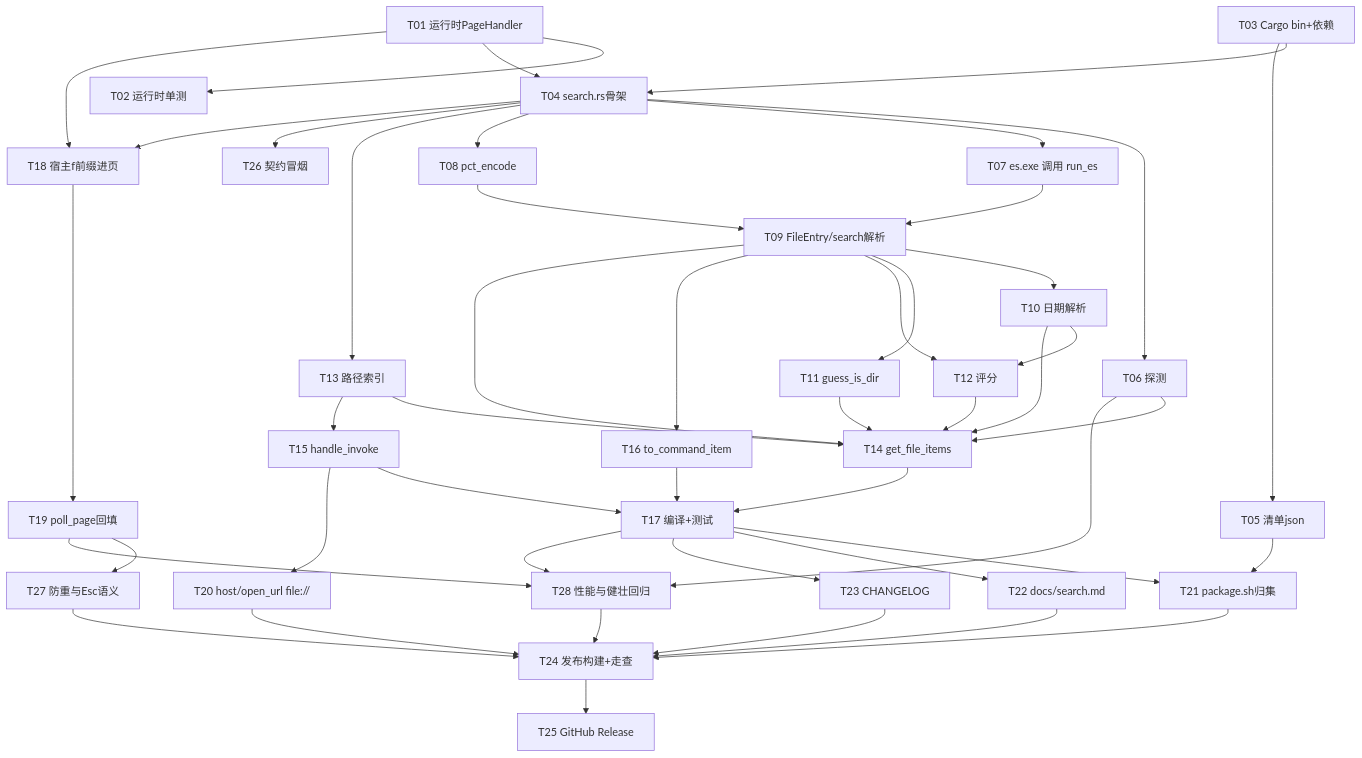
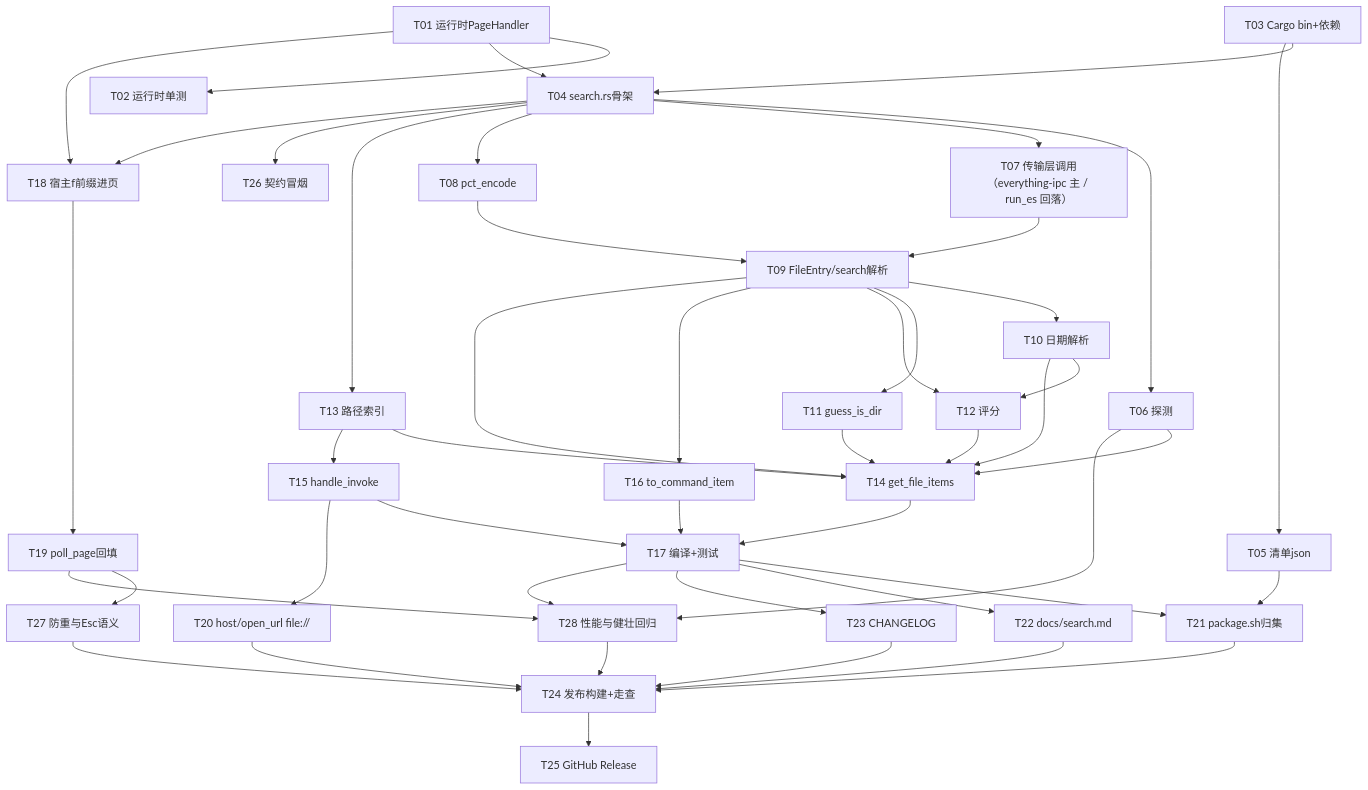
The third of 3 diagrams in docs/search-file.md (Yang-SH/dd-run), drawn with Mermaid before and after one commit. The commit also changed other lines of this file and 7 other files, not shown here.

First line of the commit message:
feat(filesearch): IPC 直连主通道 + es.exe 回落，清理文档 es.exe/HTTP 误导描述（v3.3 P2）

````diff
--- a/docs/search-file.md
+++ b/docs/search-file.md
@@ -514,48 +532,48 @@
 ```mermaid
 graph TD
     T01[T01 运行时PageHandler] --> T02[T02 运行时单测]
     T01 --> T04[T04 search.rs骨架]
     T03[T03 Cargo bin+依赖] --> T04
     T03 --> T05[T05 清单json]
     T04 --> T06[T06 探测]
-    T04 --> T07[T07 es.exe 调用 run_es]
+    T04 --> T07[T07 传输层调用（everything-ipc 主 / run_es 回落）]
     T04 --> T08[T08 pct_encode]
     T04 --> T13[T13 路径索引]
     T04 --> T26[T26 契约冒烟]
     T07 --> T09[T09 FileEntry/search解析]
     T08 --> T09
     T09 --> T10[T10 日期解析]
     T09 --> T11[T11 guess_is_dir]
     T09 --> T12[T12 评分]
     T10 --> T12
     T09 --> T16[T16 to_command_item]
     T06 --> T14[T14 get_file_items]
     T09 --> T14
     T10 --> T14
     T11 --> T14
     T12 --> T14
     T13 --> T14
     T13 --> T15[T15 handle_invoke]
     T14 --> T17[T17 编译+测试]
     T15 --> T17
     T16 --> T17
     T04 --> T18[T18 宿主f前缀进页]
     T01 --> T18
     T18 --> T19[T19 poll_page回填]
     T19 --> T27[T27 防重与Esc语义]
     T15 --> T20[T20 host/open_url file://]
     T17 --> T21[T21 package.sh归集]
     T05 --> T21
     T17 --> T22[T22 docs/search.md]
     T17 --> T23[T23 CHANGELOG]
     T21 --> T24[T24 发布构建+走查]
     T20 --> T24
     T22 --> T24
     T23 --> T24
     T17 --> T28[T28 性能与健壮回归]
     T06 --> T28
     T19 --> T28
     T27 --> T24
     T28 --> T24
     T24 --> T25[T25 GitHub Release]
 ```
````
